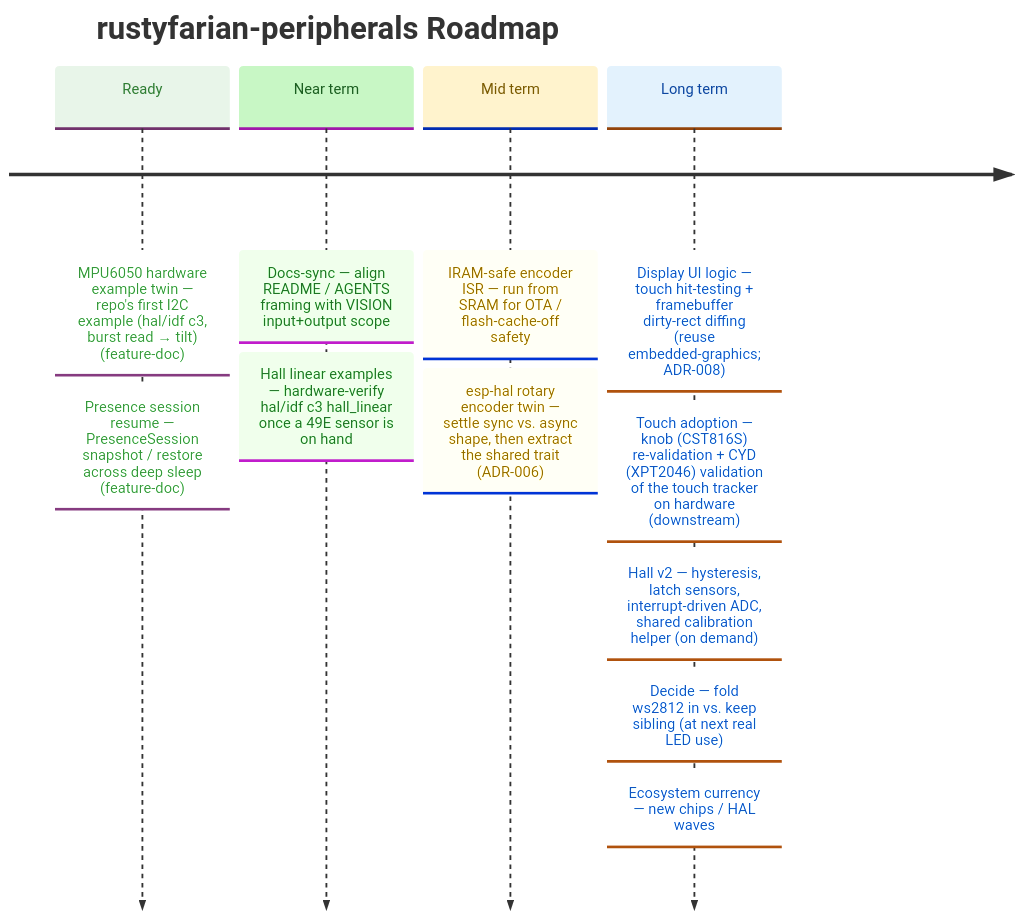
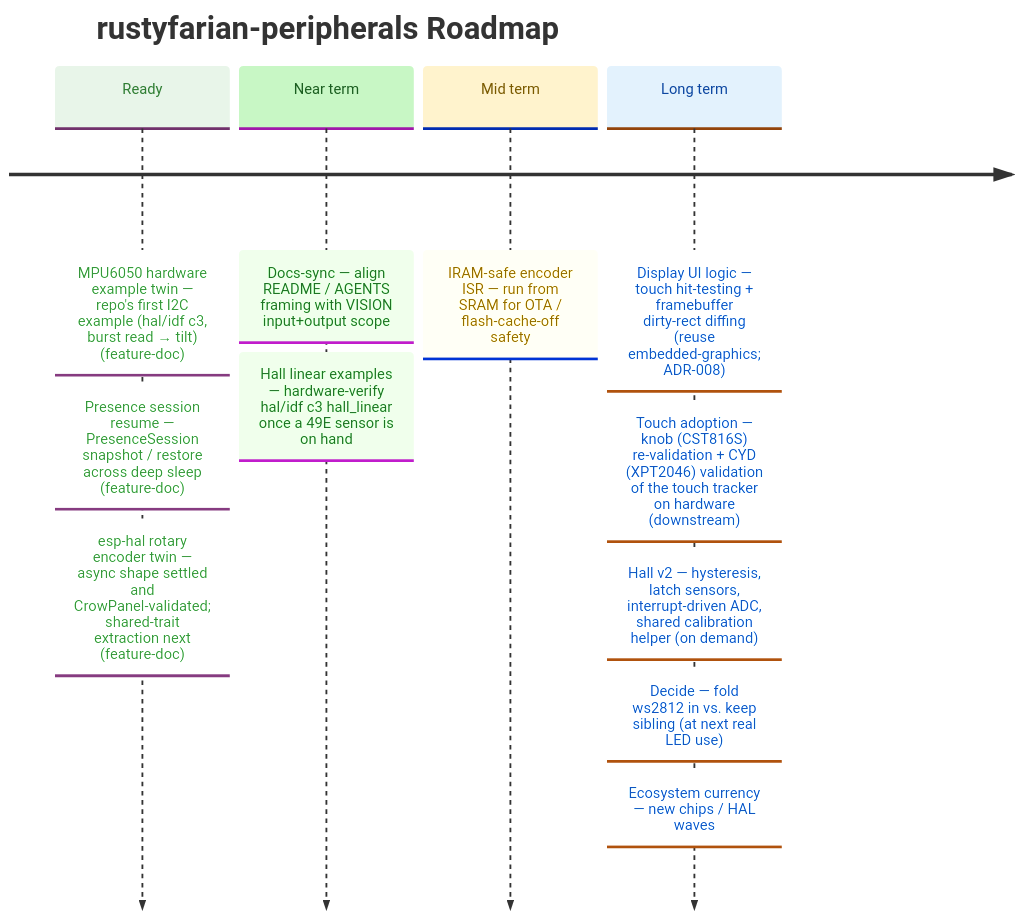
Before and after one commit to datenkollektiv/rustyfarian-peripherals: the diagram in docs/ROADMAP.md, drawn with Mermaid. The commit also changed other lines of this file and 14 other files, not shown here.

Commit message:
Add async esp-hal rotary Encoder twin

````diff
--- a/docs/ROADMAP.md
+++ b/docs/ROADMAP.md
@@ -10,33 +10,33 @@
 ```mermaid
 %%{init: {
   "theme": "base",
   "themeVariables": {
     "cScale0": "#e8f5e9",
     "cScaleLabel0": "#2e7d32",
     "cScale1": "#c8f7c5",
     "cScaleLabel1": "#1b5e20",
     "cScale2": "#fff3cd",
     "cScaleLabel2": "#7a5a00",
     "cScale3": "#e3f2fd",
     "cScaleLabel3": "#0d47a1"
   }
 }}%%
 
 timeline
     title rustyfarian-peripherals Roadmap
 
     Ready     : MPU6050 hardware example twin — repo's first I2C example (hal/idf c3, burst read → tilt) (feature-doc)
               : Presence session resume — PresenceSession snapshot / restore across deep sleep (feature-doc)
+              : esp-hal rotary encoder twin — async shape settled and CrowPanel-validated; shared-trait extraction next (feature-doc)
 
     Near term : Docs-sync — align README / AGENTS framing with VISION input+output scope
               : Hall linear examples — hardware-verify hal/idf c3 hall_linear once a 49E sensor is on hand
 
     Mid term  : IRAM-safe encoder ISR — run from SRAM for OTA / flash-cache-off safety
-              : esp-hal rotary encoder twin — settle sync vs. async shape, then extract the shared trait (ADR-006)
 
     Long term : Display UI logic — touch hit-testing + framebuffer dirty-rect diffing (reuse embedded-graphics; ADR-008)
               : Touch adoption — knob (CST816S) re-validation + CYD (XPT2046) validation of the touch tracker on hardware (downstream)
               : Hall v2 — hysteresis, latch sensors, interrupt-driven ADC, shared calibration helper (on demand)
               : Decide — fold ws2812 in vs. keep sibling (at next real LED use)
               : Ecosystem currency — new chips / HAL waves
 ```
````
